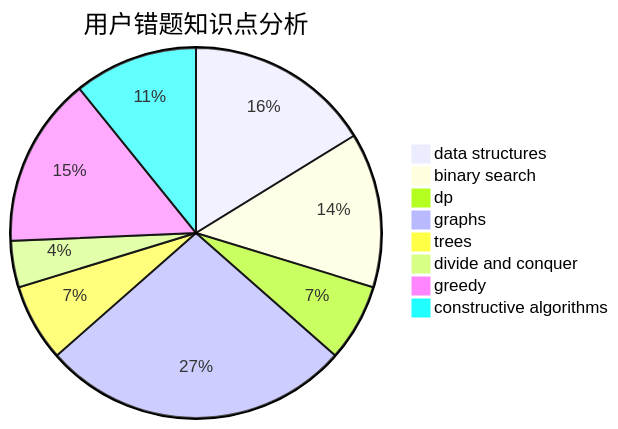
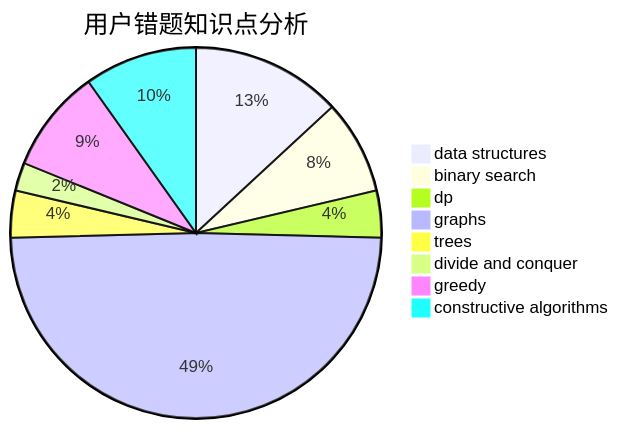
Before and after one commit to sherpahu/cfrs.github.io: the third of 3 diagrams in docs/user/u774.md, drawn with Mermaid. The commit also changed other lines of this file and 2770 other files, not shown here.

````diff
--- a/docs/user/u774.md
+++ b/docs/user/u774.md
@@ -36,11 +36,11 @@
 ```mermaid
 pie title 用户错题知识点分析
-    "data structures" :  12
+    "data structures" :  16
     "binary search" :  10
     "dp" :  5
-    "graphs" :  20
+    "graphs" :  60
     "trees" :  5
     "divide and conquer" :  3
     "greedy" :  11
-    "constructive algorithms" :  8
+    "constructive algorithms" :  12
 ```
````
